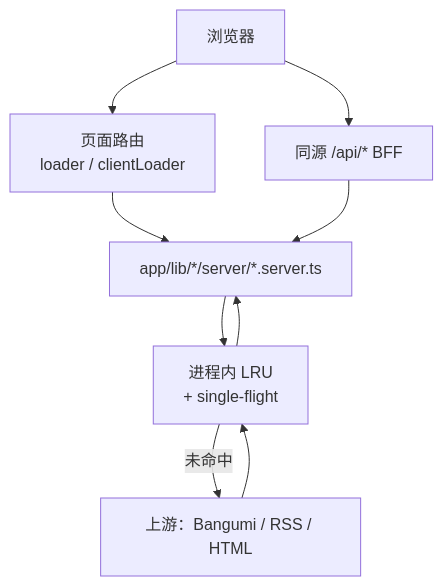
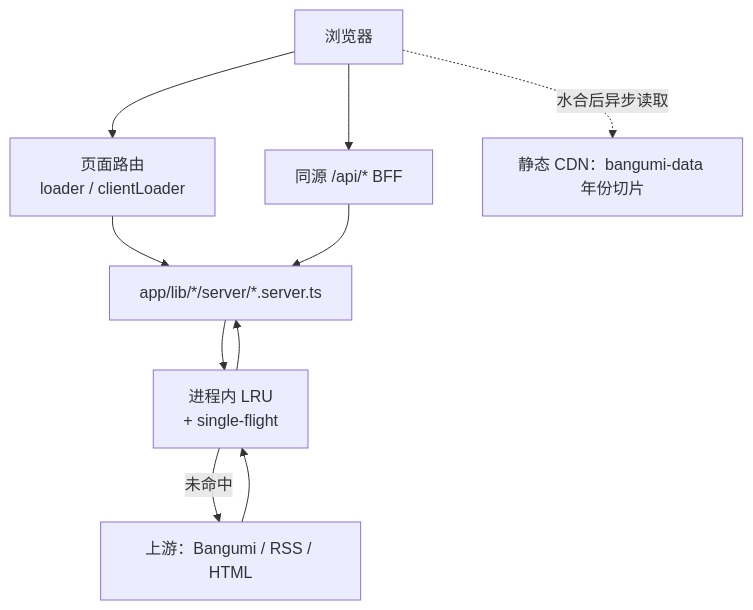
Before and after one commit to yitom486/animate-site: the first of 8 diagrams in docs/architecture.md, drawn with Mermaid. The commit also changed other lines of this file and 30 other files, not shown here.

Commit message:
feat(streaming): 引入 bangumi-data 静态分片与多平台正版播放聚合 (021)

````diff
--- a/docs/architecture.md
+++ b/docs/architecture.md
@@ -19,18 +19,20 @@
 ```mermaid
 flowchart TB
   Browser[浏览器]
   Page[页面路由<br/>loader / clientLoader]
   Api["同源 /api/* BFF"]
   Server["app/lib/*/server/*.server.ts"]
   Cache[进程内 LRU<br/>+ single-flight]
   Up[上游：Bangumi / RSS / HTML]
+  StaticCDN[静态 CDN：bangumi-data 年份切片]
 
   Browser --> Page
   Browser --> Api
+  Browser -.->|水合后异步读取| StaticCDN
   Page --> Server
   Api --> Server
   Server --> Cache
   Cache -->|未命中| Up
   Up --> Cache
   Cache --> Server
 ```
````
